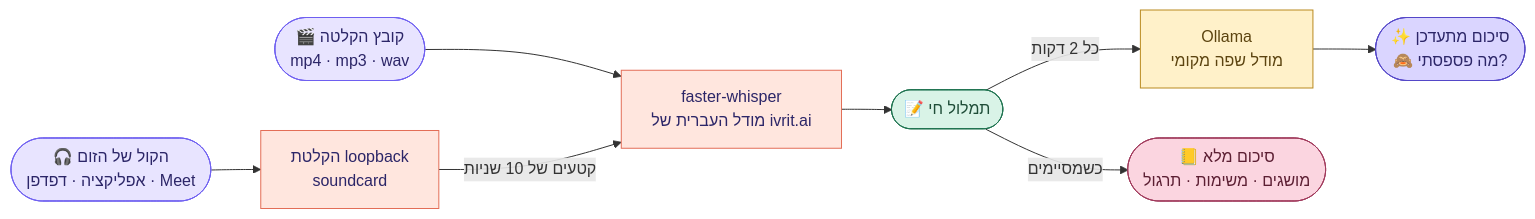
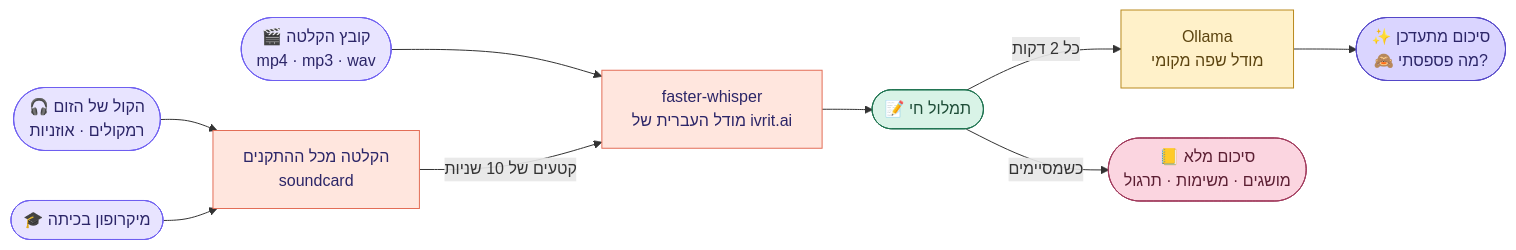
One commit to NoyaAdivi/kashuv changed the diagram in README.he.md. Above: the diagram before and after it, drawn with Mermaid. The commit also changed other lines of this file and 18 other files, not shown here.

````diff
--- a/README.he.md
+++ b/README.he.md
@@ -92,18 +94,20 @@
 ```mermaid
 flowchart LR
-  A([🎧 הקול של הזום<br/>אפליקציה · דפדפן · Meet]) --> B[הקלטת loopback<br/>soundcard]
+  A([🎧 הקול של הזום<br/>רמקולים · אוזניות]) --> B[הקלטה מכל ההתקנים<br/>soundcard]
+  M([🎓 מיקרופון בכיתה]) --> B
   F([🎬 קובץ הקלטה<br/>mp4 · mp3 · wav]) --> C
   B -->|קטעים של 10 שניות| C[faster-whisper<br/>מודל העברית של ivrit.ai]
   C --> D([📝 תמלול חי])
   D -->|כל 2 דקות| E[Ollama<br/>מודל שפה מקומי]
   E --> G([✨ סיכום מתעדכן<br/>🙈 מה פספסתי?])
   D -->|כשמסיימים| H([📒 סיכום מלא<br/>מושגים · משימות · תרגול])
   style A fill:#E8E4FF,stroke:#6F60F0,color:#2C2668
   style F fill:#E8E4FF,stroke:#6F60F0,color:#2C2668
+  style M fill:#E8E4FF,stroke:#6F60F0,color:#2C2668
   style B fill:#FFE6DE,stroke:#E36E57,color:#2C2668
   style C fill:#FFE6DE,stroke:#E36E57,color:#2C2668
   style D fill:#D9F3E7,stroke:#1F7350,color:#1F4D38
   style E fill:#FFF1C9,stroke:#B98A1E,color:#5C4410
   style G fill:#DAD5FF,stroke:#5548C8,color:#2C2668
   style H fill:#FBD5E0,stroke:#A03A5C,color:#5C1F33
 ```
````
